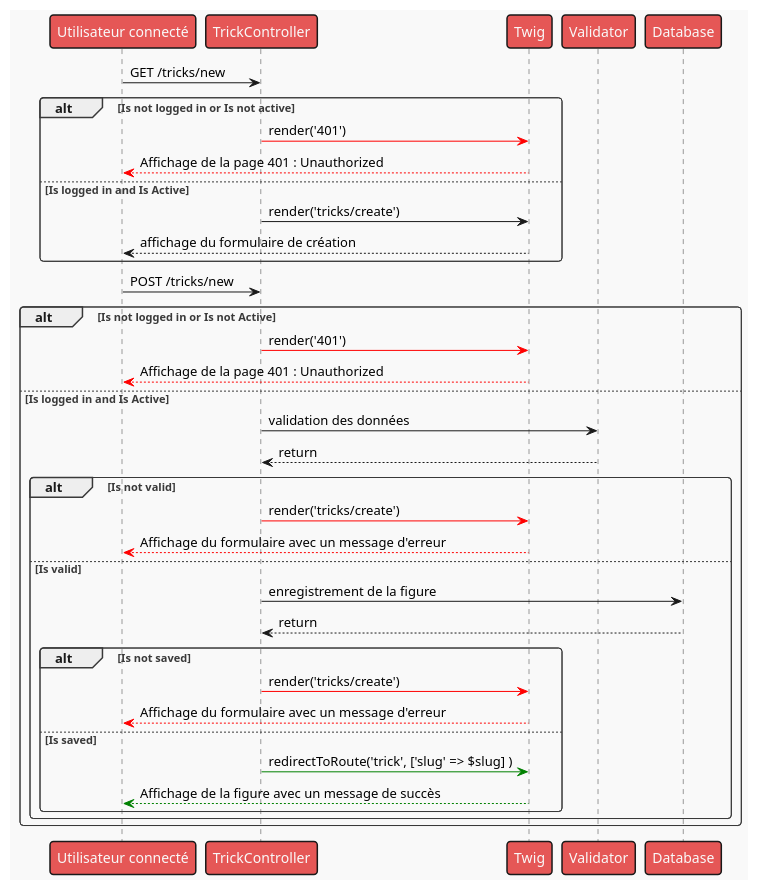
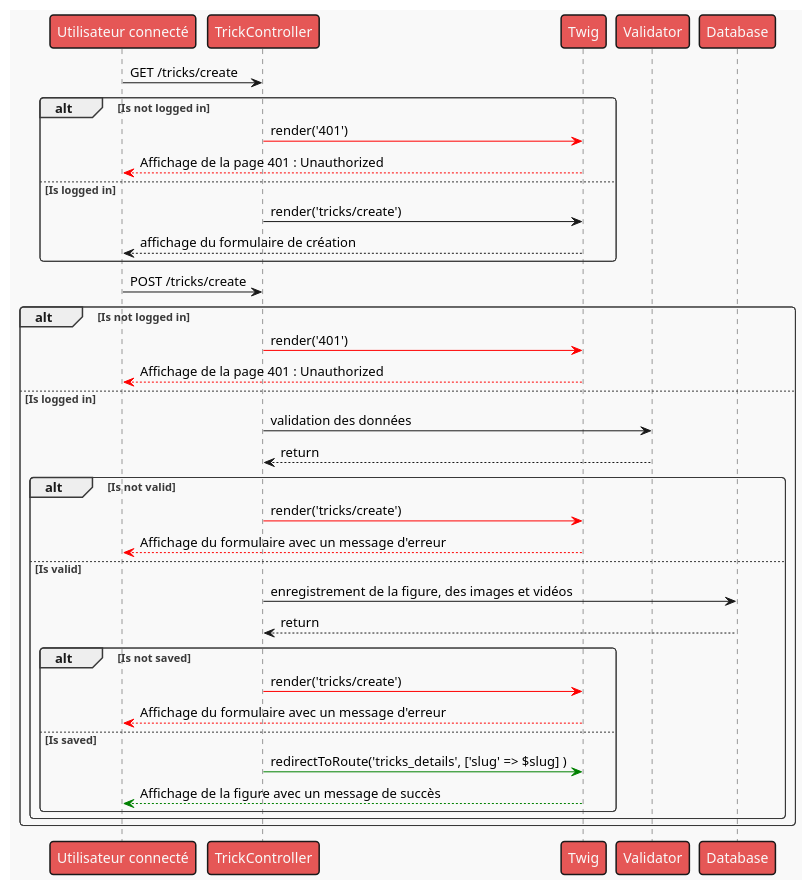
Before and after one commit to davy-beauzil/p6-snowtricks: the diagram in diagrammes/puml/SequenceDiagram/Tricks/create-trick.puml, drawn with PlantUML. The commit also changed 9 other files, not shown here.

Commit message:
feat(diagrams): fix diagrams and fix email template

```diff
--- a/diagrammes/puml/SequenceDiagram/Tricks/create-trick.puml
+++ b/diagrammes/puml/SequenceDiagram/Tricks/create-trick.puml
@@ -1,40 +1,40 @@
 @startuml
 
 !theme mars
 
-Person as "Utilisateur connecté" -> TrickController : GET /tricks/new
-alt Is not logged in or Is not active
+Person as "Utilisateur connecté" -> TrickController : GET /tricks/create
+alt Is not logged in
     TrickController -[#red]> Twig : render('401')
     Twig -[#red]-> Person : Affichage de la page 401 : Unauthorized
-else Is logged in and Is Active
+else Is logged in
     TrickController -> Twig : render('tricks/create')
     Twig --> Person : affichage du formulaire de création
 end
 
 
-Person -> TrickController : POST /tricks/new
-alt Is not logged in or Is not Active
+Person -> TrickController : POST /tricks/create
+alt Is not logged in
 TrickController -[#red]> Twig : render('401')
 Twig -[#red]-> Person : Affichage de la page 401 : Unauthorized
-else Is logged in and Is Active
+else Is logged in
     TrickController -> Validator : validation des données
     Validator --> TrickController : return
 
     alt Is not valid
         TrickController -[#red]> Twig : render('tricks/create')
         Twig -[#red]-> Person : Affichage du formulaire avec un message d'erreur
     else Is valid
-        TrickController -> Database : enregistrement de la figure
+        TrickController -> Database : enregistrement de la figure, des images et vidéos
         Database --> TrickController : return
 
         alt Is not saved
             TrickController -[#red]> Twig : render('tricks/create')
             Twig -[#red]-> Person : Affichage du formulaire avec un message d'erreur
         else Is saved
-            TrickController -[#green]> Twig : redirectToRoute('trick', ['slug' => $slug] )
+            TrickController -[#green]> Twig : redirectToRoute('tricks_details', ['slug' => $slug] )
             Twig -[#green]-> Person : Affichage de la figure avec un message de succès
         end
     end
 end
 
 @enduml
```
